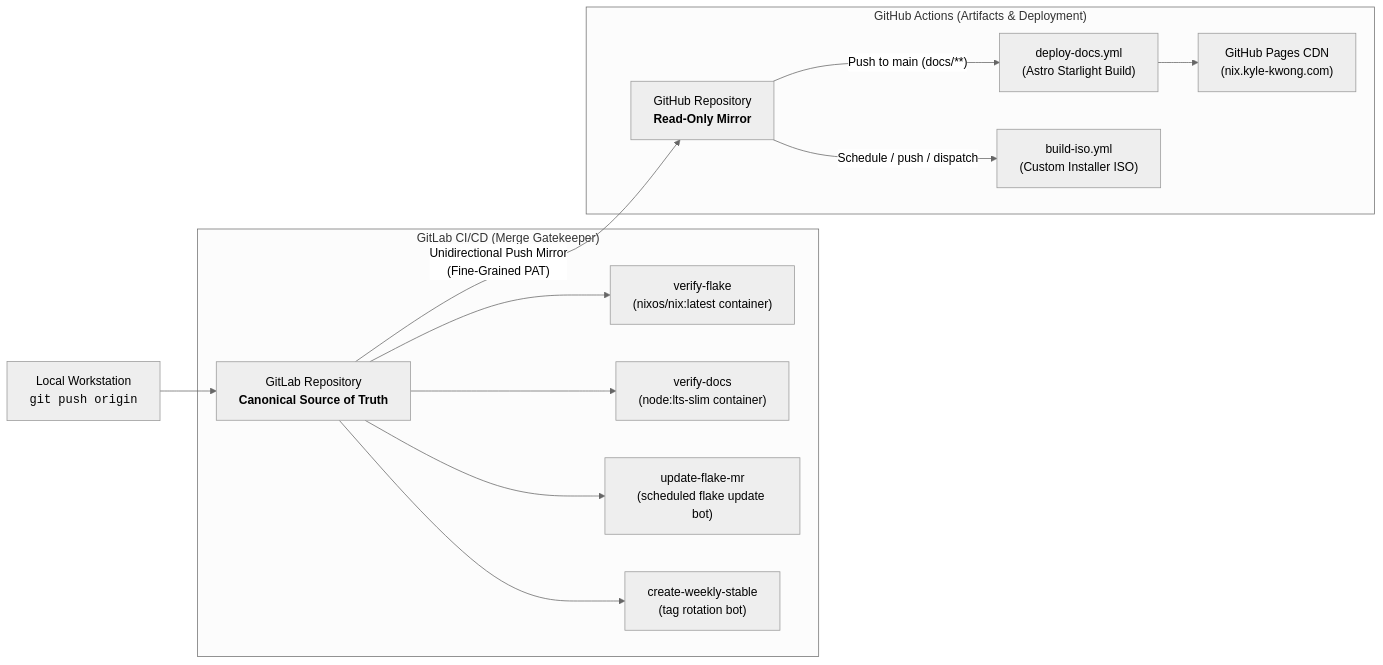
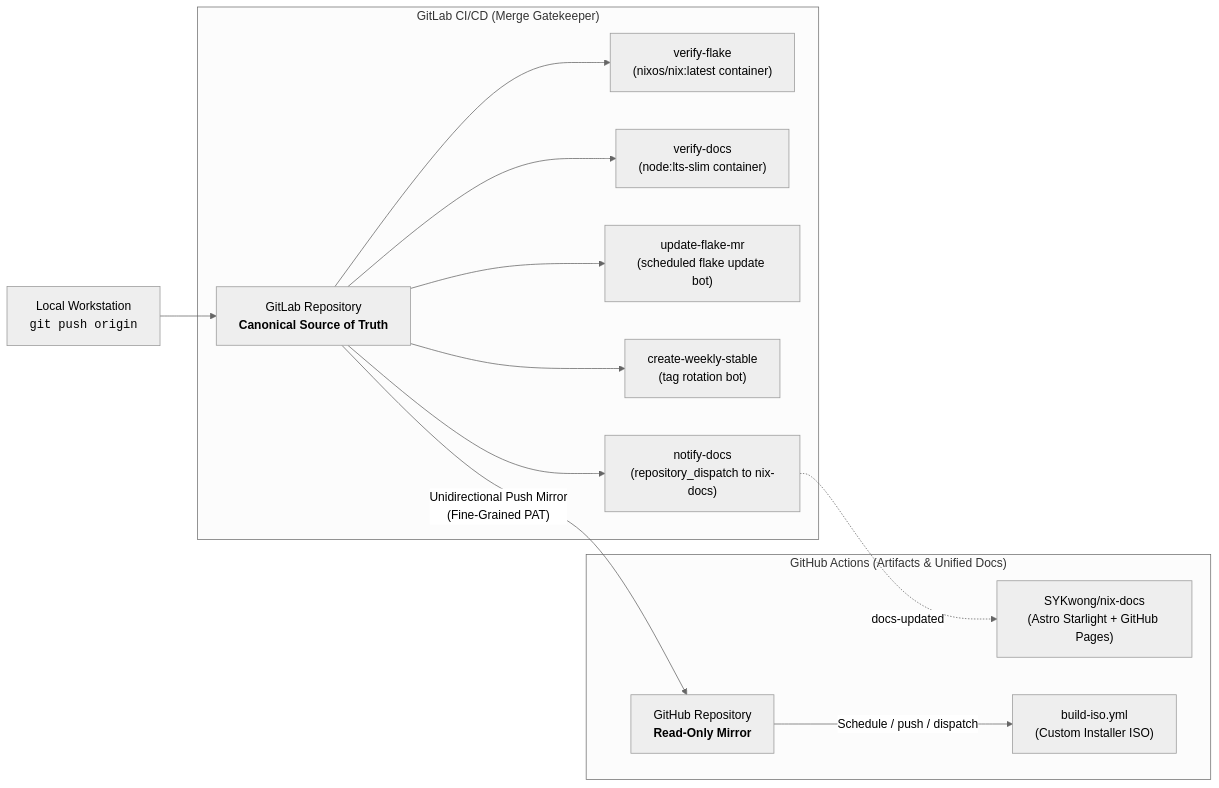
One commit to SYKwong/nix-config changed the first of 2 diagrams in docs/src/content/docs/split-ci.md. Above: the diagram before and after it, drawn with Mermaid (neutral theme). The commit also changed other lines of this file and 2 other files, not shown here.

Commit message:
ci: remove in-tree docs deployment workflow

````diff
--- a/docs/src/content/docs/split-ci.md
+++ b/docs/src/content/docs/split-ci.md
@@ -18,19 +18,19 @@
 ```mermaid
 flowchart LR
     dev["Local Workstation<br/><code>git push origin</code>"] --> gitlab["GitLab Repository<br/><b>Canonical Source of Truth</b>"]
 
     subgraph gitlab_ci ["GitLab CI/CD (Merge Gatekeeper)"]
         gitlab --> test["verify-flake<br/>(nixos/nix:latest container)"]
         gitlab --> docs_check["verify-docs<br/>(node:lts-slim container)"]
         gitlab --> lock_bot["update-flake-mr<br/>(scheduled flake update bot)"]
         gitlab --> stable_tag["create-weekly-stable<br/>(tag rotation bot)"]
+        gitlab --> notify_docs["notify-docs<br/>(repository_dispatch to nix-docs)"]
     end
 
     gitlab -- "Unidirectional Push Mirror<br/>(Fine-Grained PAT)" --> github["GitHub Repository<br/><b>Read-Only Mirror</b>"]
 
-    subgraph github_actions ["GitHub Actions (Artifacts & Deployment)"]
-        github -- "Push to main (docs/**)" --> deploy["deploy-docs.yml<br/>(Astro Starlight Build)"]
-        deploy --> pages["GitHub Pages CDN<br/>(nix.kyle-kwong.com)"]
+    subgraph github_actions ["GitHub Actions (Artifacts & Unified Docs)"]
+        notify_docs -. "docs-updated" .-> nix_docs["SYKwong/nix-docs<br/>(Astro Starlight + GitHub Pages)"]
         github -- "Schedule / push / dispatch" --> build_iso["build-iso.yml<br/>(Custom Installer ISO)"]
     end
 ```
````
